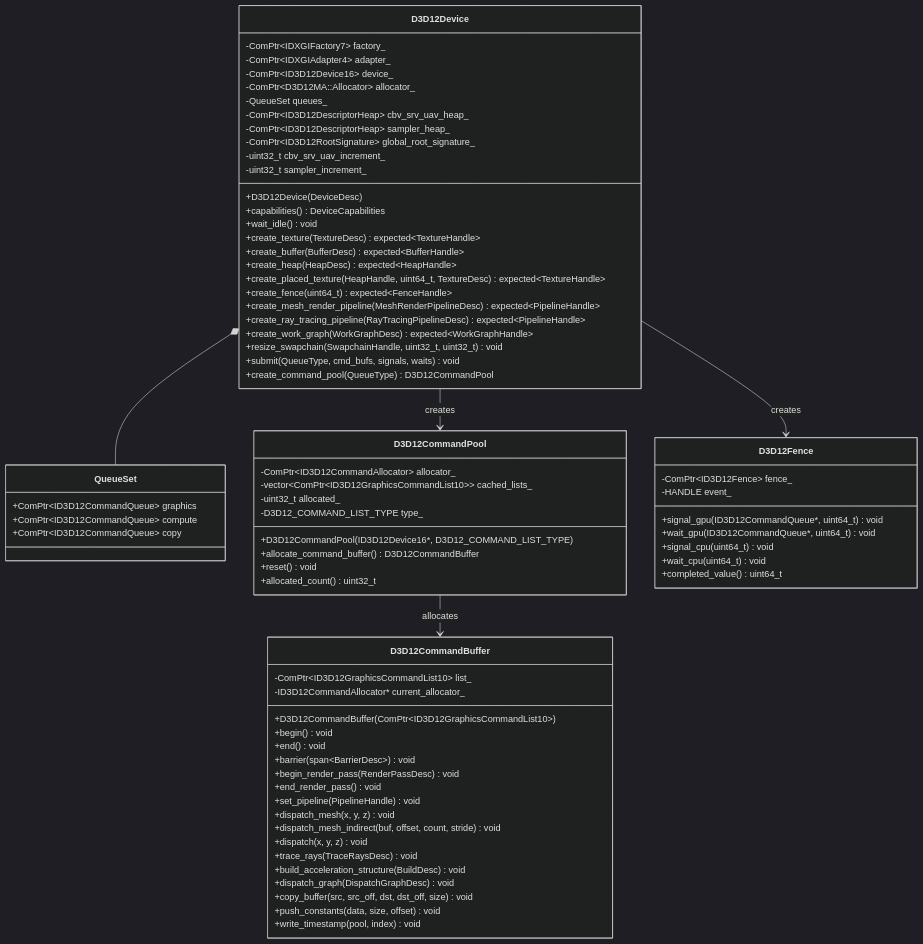
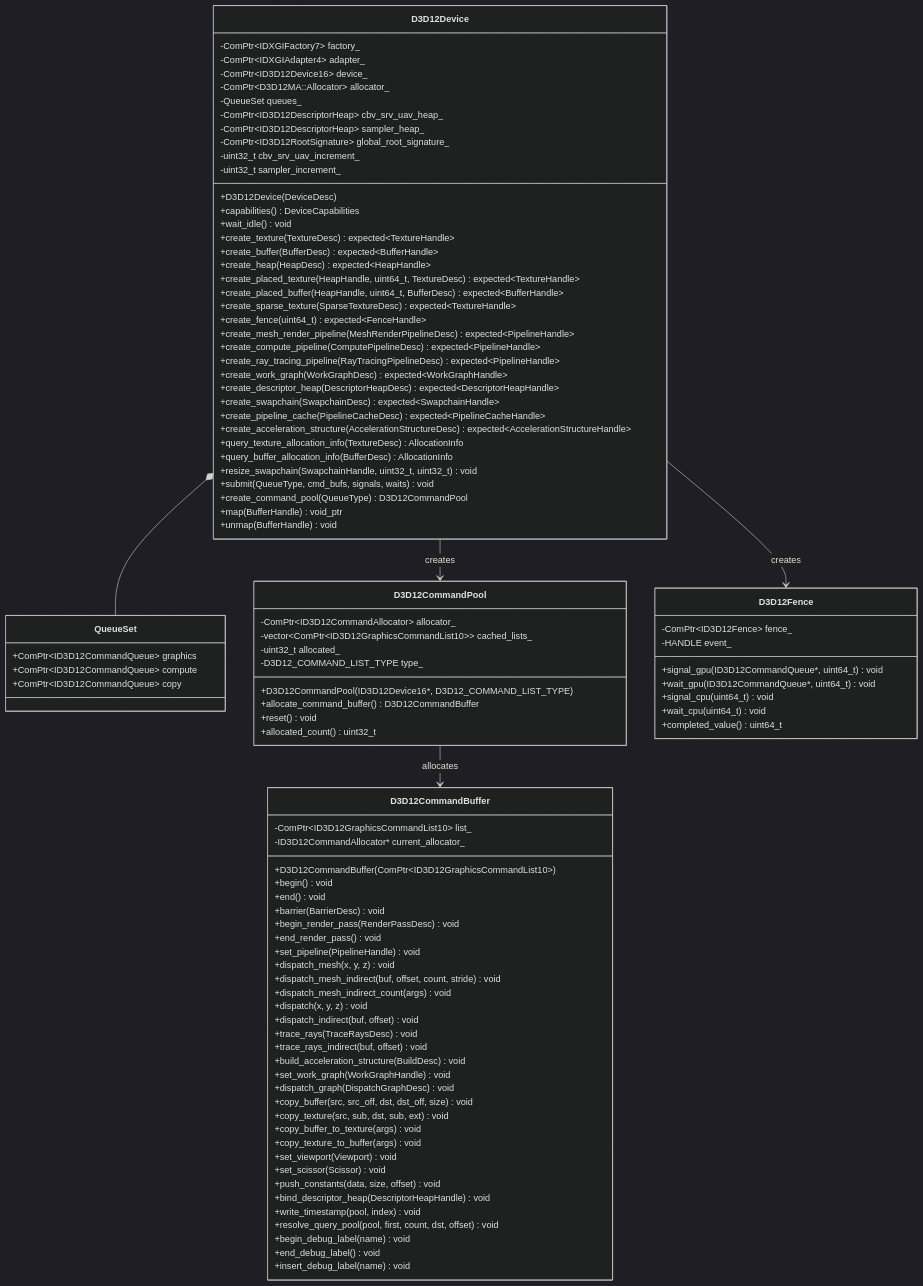
The first of 9 diagrams in docs/design/gpu-backend-d3d12-classes.md (harmonius-dev/harmonius), drawn with Mermaid (dark theme) before and after one commit. The commit also changed 10 other files, not shown here.

```diff
--- a/docs/design/gpu-backend-d3d12-classes.md
+++ b/docs/design/gpu-backend-d3d12-classes.md
@@ -49,13 +49,24 @@
         +create_buffer(BufferDesc) expected~BufferHandle~
         +create_heap(HeapDesc) expected~HeapHandle~
         +create_placed_texture(HeapHandle, uint64_t, TextureDesc) expected~TextureHandle~
+        +create_placed_buffer(HeapHandle, uint64_t, BufferDesc) expected~BufferHandle~
+        +create_sparse_texture(SparseTextureDesc) expected~TextureHandle~
         +create_fence(uint64_t) expected~FenceHandle~
         +create_mesh_render_pipeline(MeshRenderPipelineDesc) expected~PipelineHandle~
+        +create_compute_pipeline(ComputePipelineDesc) expected~PipelineHandle~
         +create_ray_tracing_pipeline(RayTracingPipelineDesc) expected~PipelineHandle~
         +create_work_graph(WorkGraphDesc) expected~WorkGraphHandle~
+        +create_descriptor_heap(DescriptorHeapDesc) expected~DescriptorHeapHandle~
+        +create_swapchain(SwapchainDesc) expected~SwapchainHandle~
+        +create_pipeline_cache(PipelineCacheDesc) expected~PipelineCacheHandle~
+        +create_acceleration_structure(AccelerationStructureDesc) expected~AccelerationStructureHandle~
+        +query_texture_allocation_info(TextureDesc) AllocationInfo
+        +query_buffer_allocation_info(BufferDesc) AllocationInfo
         +resize_swapchain(SwapchainHandle, uint32_t, uint32_t) void
         +submit(QueueType, cmd_bufs, signals, waits) void
         +create_command_pool(QueueType) D3D12CommandPool
+        +map(BufferHandle) void_ptr
+        +unmap(BufferHandle) void
     }
 
     class QueueSet {
@@ -81,19 +92,33 @@
         +D3D12CommandBuffer(ComPtr~ID3D12GraphicsCommandList10~)
         +begin() void
         +end() void
-        +barrier(span~BarrierDesc~) void
+        +barrier(BarrierDesc) void
         +begin_render_pass(RenderPassDesc) void
         +end_render_pass() void
         +set_pipeline(PipelineHandle) void
         +dispatch_mesh(x, y, z) void
         +dispatch_mesh_indirect(buf, offset, count, stride) void
+        +dispatch_mesh_indirect_count(args) void
         +dispatch(x, y, z) void
+        +dispatch_indirect(buf, offset) void
         +trace_rays(TraceRaysDesc) void
+        +trace_rays_indirect(buf, offset) void
         +build_acceleration_structure(BuildDesc) void
+        +set_work_graph(WorkGraphHandle) void
         +dispatch_graph(DispatchGraphDesc) void
         +copy_buffer(src, src_off, dst, dst_off, size) void
+        +copy_texture(src, sub, dst, sub, ext) void
+        +copy_buffer_to_texture(args) void
+        +copy_texture_to_buffer(args) void
+        +set_viewport(Viewport) void
+        +set_scissor(Scissor) void
         +push_constants(data, size, offset) void
+        +bind_descriptor_heap(DescriptorHeapHandle) void
         +write_timestamp(pool, index) void
+        +resolve_query_pool(pool, first, count, dst, offset) void
+        +begin_debug_label(name) void
+        +end_debug_label() void
+        +insert_debug_label(name) void
     }
 
     class D3D12Fence {
```
